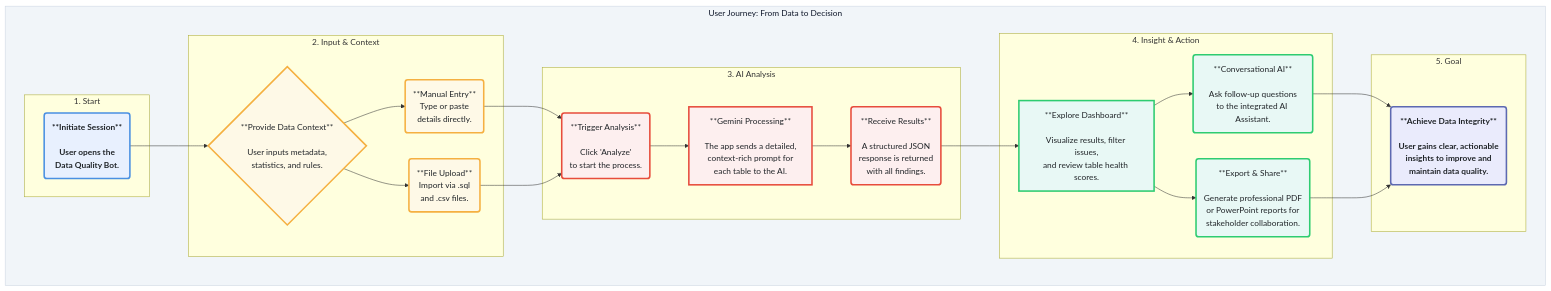
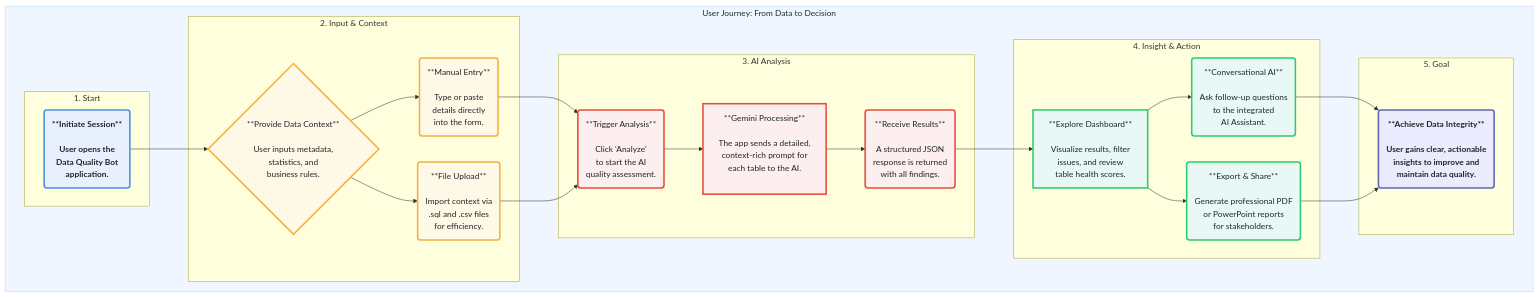
One commit to chtsalvishal/DQ_Gen_AI_Bot changed the second of 2 diagrams in README.md. Above: the diagram before and after it, drawn with Mermaid.

Commit message:
docs: Improve README user journey diagram
Increase font size and add more detail to the user journey diagram in the README for better clarity on the application's workflow.

````diff
--- a/README.md
+++ b/README.md
@@ -92,50 +92,50 @@
 ```mermaid
-%%{init: { 'themeVariables': { 'fontSize': '28px', 'fontFamily': '"Segoe UI", Arial, sans-serif' } }}%%
+%%{init: { 'themeVariables': { 'fontSize': '36px', 'fontFamily': '"Segoe UI", Arial, sans-serif' } }}%%
 graph LR
     subgraph user_journey [User Journey: From Data to Decision]
         direction LR
 
         subgraph sg1 [1. Start]
-            A("**Initiate Session**<br><br>User opens the<br>Data Quality Bot."):::startNode
+            A("**Initiate Session**<br><br>User opens the<br>Data Quality Bot<br>application.<br>"):::startNode
         end
 
         subgraph sg2 [2. Input & Context]
-            B{"**Provide Data Context**<br><br>User inputs metadata,<br>statistics, and rules."}:::inputNode
-            B --> B1("**Manual Entry**<br>Type or paste<br>details directly."):::inputNode
-            B --> B2("**File Upload**<br>Import via .sql<br>and .csv files."):::inputNode
+            B{"**Provide Data Context**<br><br>User inputs metadata,<br>statistics, and<br>business rules.<br>"}:::inputNode
+            B --> B1("**Manual Entry**<br><br>Type or paste<br>details directly<br>into the form.<br>"):::inputNode
+            B --> B2("**File Upload**<br><br>Import context via<br>.sql and .csv files<br>for efficiency.<br>"):::inputNode
         end
         
         subgraph sg3 [3. AI Analysis]
-            C("**Trigger Analysis**<br><br>Click 'Analyze'<br>to start the process."):::analysisNode
-            D["**Gemini Processing**<br><br>The app sends a detailed,<br>context-rich prompt for<br>each table to the AI."]:::analysisNode
-            E("**Receive Results**<br><br>A structured JSON<br>response is returned<br>with all findings."):::analysisNode
+            C("**Trigger Analysis**<br><br>Click 'Analyze'<br>to start the AI<br>quality assessment.<br>"):::analysisNode
+            D["**Gemini Processing**<br><br>The app sends a detailed,<br>context-rich prompt for<br>each table to the AI.<br><br>"]:::analysisNode
+            E("**Receive Results**<br><br>A structured JSON<br>response is returned<br>with all findings.<br>"):::analysisNode
         end
 
         subgraph sg4 [4. Insight & Action]
-            F["**Explore Dashboard**<br><br>Visualize results, filter issues,<br>and review table health scores."]:::insightNode
-            G("**Conversational AI**<br><br>Ask follow-up questions<br>to the integrated AI Assistant."):::insightNode
-            H("**Export & Share**<br><br>Generate professional PDF<br>or PowerPoint reports for<br>stakeholder collaboration."):::insightNode
+            F["**Explore Dashboard**<br><br>Visualize results, filter<br>issues, and review<br>table health scores.<br>"]:::insightNode
+            G("**Conversational AI**<br><br>Ask follow-up questions<br>to the integrated<br>AI Assistant.<br>"):::insightNode
+            H("**Export & Share**<br><br>Generate professional PDF<br>or PowerPoint reports<br>for stakeholders.<br>"):::insightNode
         end
         
         subgraph sg5 [5. Goal]
-           J("**Achieve Data Integrity**<br><br>User gains clear, actionable<br>insights to improve and<br>maintain data quality."):::goalNode
+           J("**Achieve Data Integrity**<br><br>User gains clear, actionable<br>insights to improve and<br>maintain data quality.<br>"):::goalNode
         end
     end
 
     A --> B
     B1 --> C
     B2 --> C
     C --> D --> E
     E --> F
     F --> G & H
     G --> J
     H --> J
     
-    style user_journey fill:#F1F5F9,stroke:#CBD5E1,color:#0f172a
+    style user_journey fill:#EFF6FF,stroke:#BFDBFE,color:#1e293b
     
     classDef startNode fill:#E8F0FE,stroke:#4A90E2,stroke-width:3px,color:#212529,font-weight:bold
     classDef inputNode fill:#FEF9E7,stroke:#F5B041,stroke-width:3px,color:#212529
     classDef analysisNode fill:#FDEFEF,stroke:#E74C3C,stroke-width:3px,color:#212529
     classDef insightNode fill:#E8F8F5,stroke:#2ECC71,stroke-width:3px,color:#212529
     classDef goalNode fill:#EAEBFC,stroke:#5D69B1,stroke-width:3px,color:#212529,font-weight:bold
 ```
````
